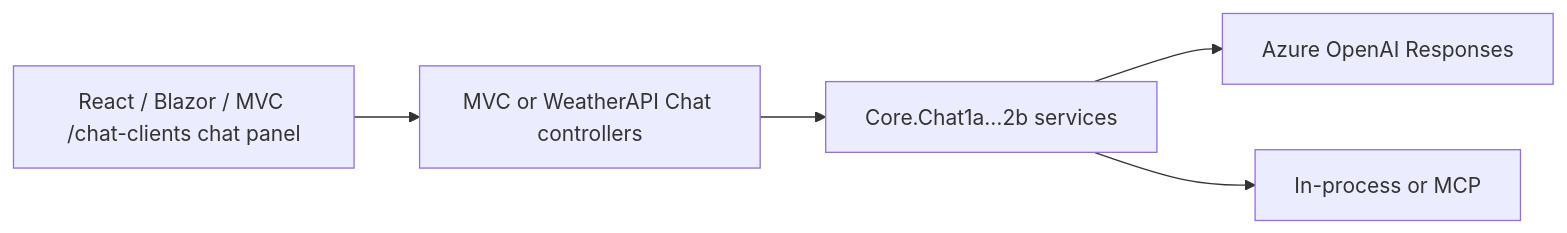
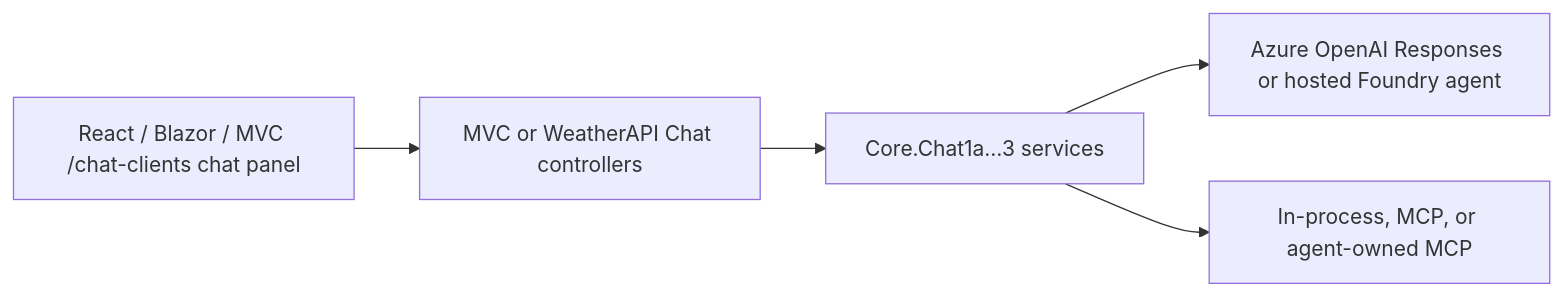
Before and after one commit to dustinkorzaan/weather-1116: the first of 2 diagrams in docs/architecture.md, drawn with Mermaid. The commit also changed other lines of this file and 28 other files, not shown here.

First line of the commit message:
Add Chat3 hosted Foundry agent tab targeting wx1116-agent-chat (#224)

````diff
--- a/docs/architecture.md
+++ b/docs/architecture.md
@@ -94,13 +95,13 @@
 ```mermaid
 flowchart LR
   UI[React / Blazor / MVC /chat-clients chat panel]
   API[MVC or WeatherAPI Chat controllers]
-  Core[Core.Chat1a…2b services]
-  Model[Azure OpenAI Responses]
-  Tools[In-process or MCP]
+  Core[Core.Chat1a…3 services]
+  Model[Azure OpenAI Responses or hosted Foundry agent]
+  Tools[In-process, MCP, or agent-owned MCP]
 
   UI --> API
   API --> Core
   Core --> Model
   Core --> Tools
 ```
````
